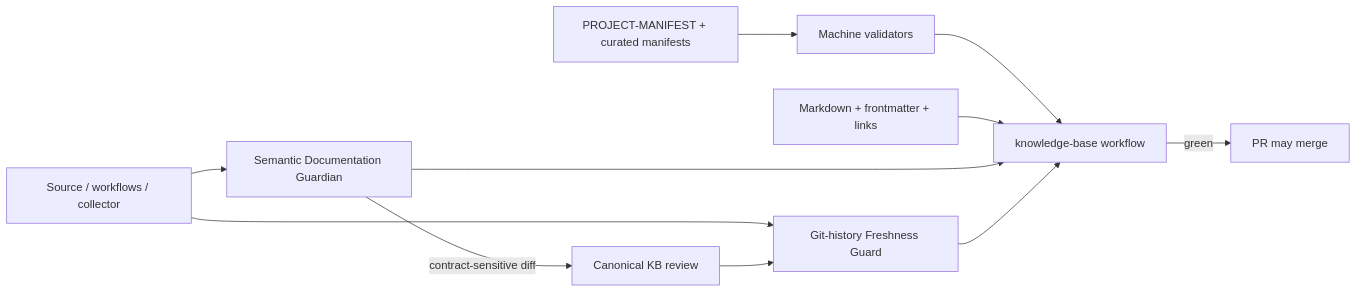
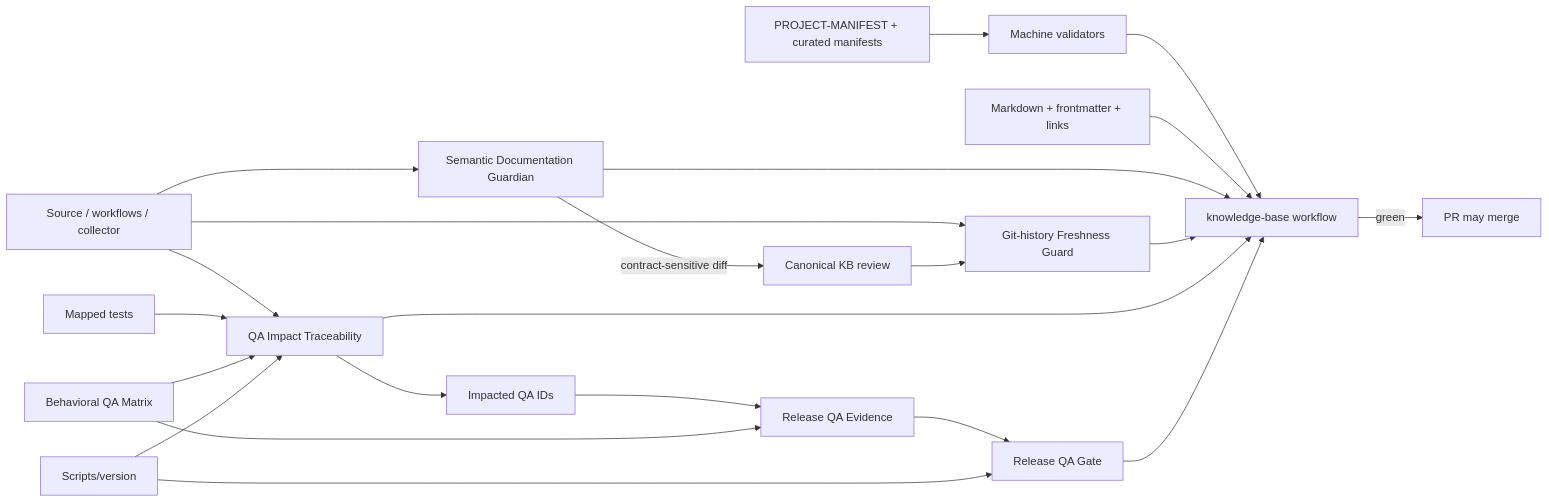
One commit to TumanovNV/impuls changed the diagram in knowledge-base/INDEX.md. Above: the diagram before and after it, drawn with Mermaid. The commit also changed other lines of this file and 22 other files, not shown here.

````diff
--- a/knowledge-base/INDEX.md
+++ b/knowledge-base/INDEX.md
@@ -106,13 +109,24 @@
 ```mermaid
 flowchart LR
     SRC[Source / workflows / collector] --> G[Semantic Documentation Guardian]
     G -->|contract-sensitive diff| DOC[Canonical KB review]
     SRC --> F[Git-history Freshness Guard]
     DOC --> F
     M[PROJECT-MANIFEST + curated manifests] --> V[Machine validators]
+    SRC --> QAI[QA Impact Traceability]
+    TST[Mapped tests] --> QAI
+    QAM[Behavioral QA Matrix] --> QAI
+    QAI --> IDS[Impacted QA IDs]
+    IDS --> QAE[Release QA Evidence]
+    QAM --> QAE
+    QAE --> QAG[Release QA Gate]
+    VER[Scripts/version] --> QAI
+    VER --> QAG
     V --> CI[knowledge-base workflow]
     KB[Markdown + frontmatter + links] --> CI
     G --> CI
     F --> CI
+    QAI --> CI
+    QAG --> CI
     CI -->|green| PR[PR may merge]
 ```
````
